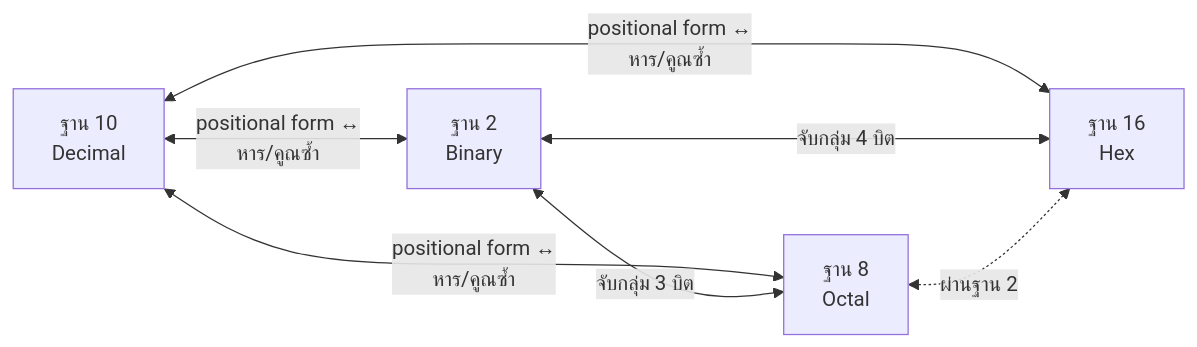
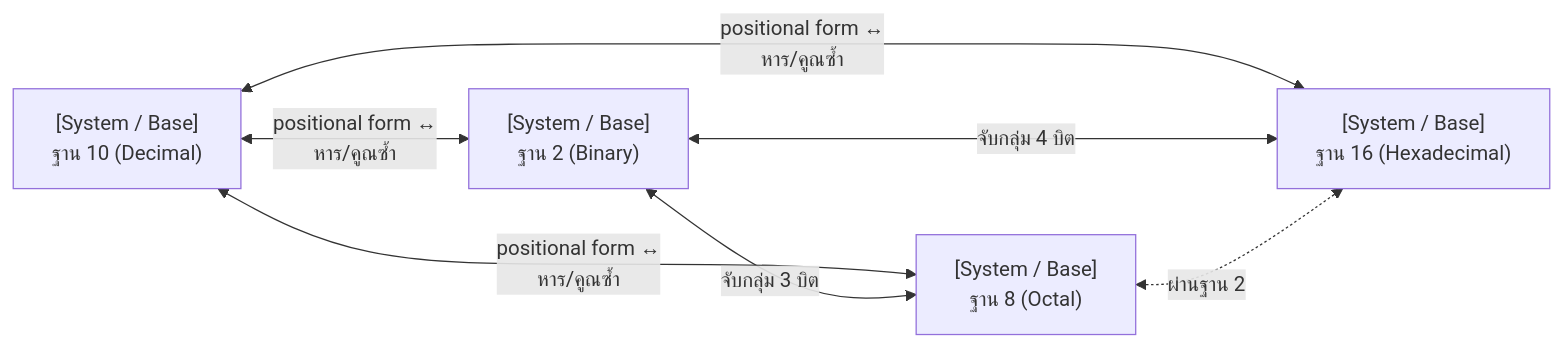
Before and after one commit to PhuriphatTyPeZ3r0/Course-1322201-Digital-Logic-Design-2026: the first of 3 diagrams in 01_Lectures/Week1/Base-Conversion.md, drawn with Mermaid. The commit also changed other lines of this file and 18 other files, not shown here.

Commit message:
refactor: standardize diagrams to UML specifications across notes and templates

````diff
--- a/01_Lectures/Week1/Base-Conversion.md
+++ b/01_Lectures/Week1/Base-Conversion.md
@@ -60,14 +60,14 @@
 ```mermaid
-graph LR
-    D10["ฐาน 10<br/>Decimal"]
-    D2["ฐาน 2<br/>Binary"]
-    D8["ฐาน 8<br/>Octal"]
-    D16["ฐาน 16<br/>Hex"]
+flowchart LR
+    D10["[System / Base]<br/>ฐาน 10 (Decimal)"]
+    D2["[System / Base]<br/>ฐาน 2 (Binary)"]
+    D8["[System / Base]<br/>ฐาน 8 (Octal)"]
+    D16["[System / Base]<br/>ฐาน 16 (Hexadecimal)"]
 
     D10 <-->|"positional form ↔<br/>หาร/คูณซ้ำ"| D2
     D10 <-->|"positional form ↔<br/>หาร/คูณซ้ำ"| D8
     D10 <-->|"positional form ↔<br/>หาร/คูณซ้ำ"| D16
     D2 <-->|"จับกลุ่ม 3 บิต"| D8
     D2 <-->|"จับกลุ่ม 4 บิต"| D16
     D8 <-.->|"ผ่านฐาน 2"| D16
 ```
````
